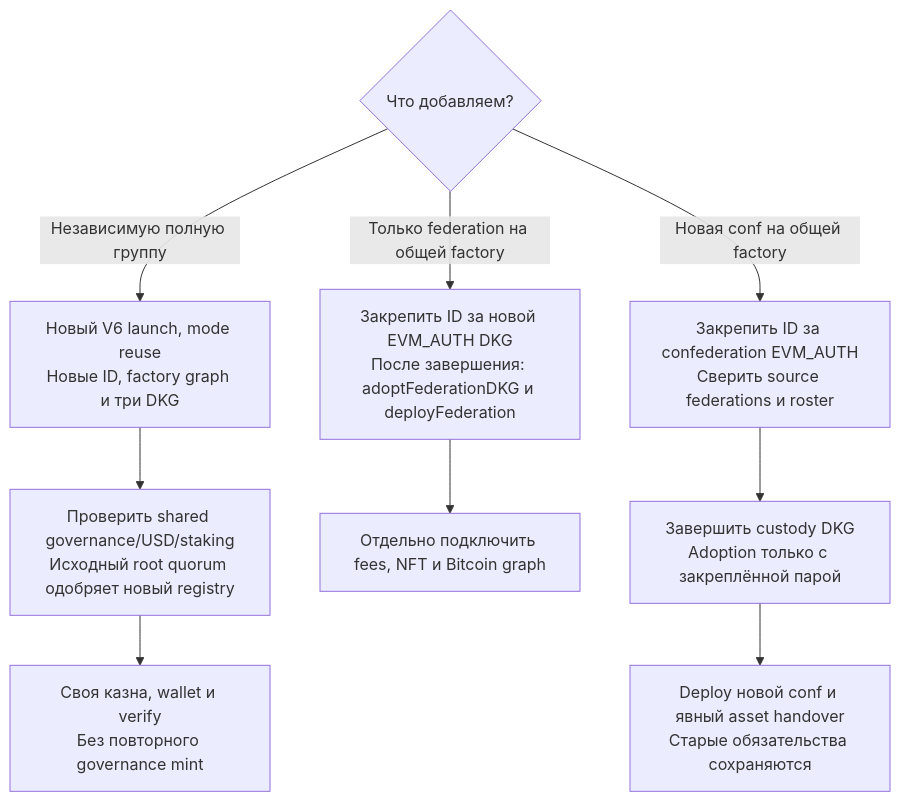
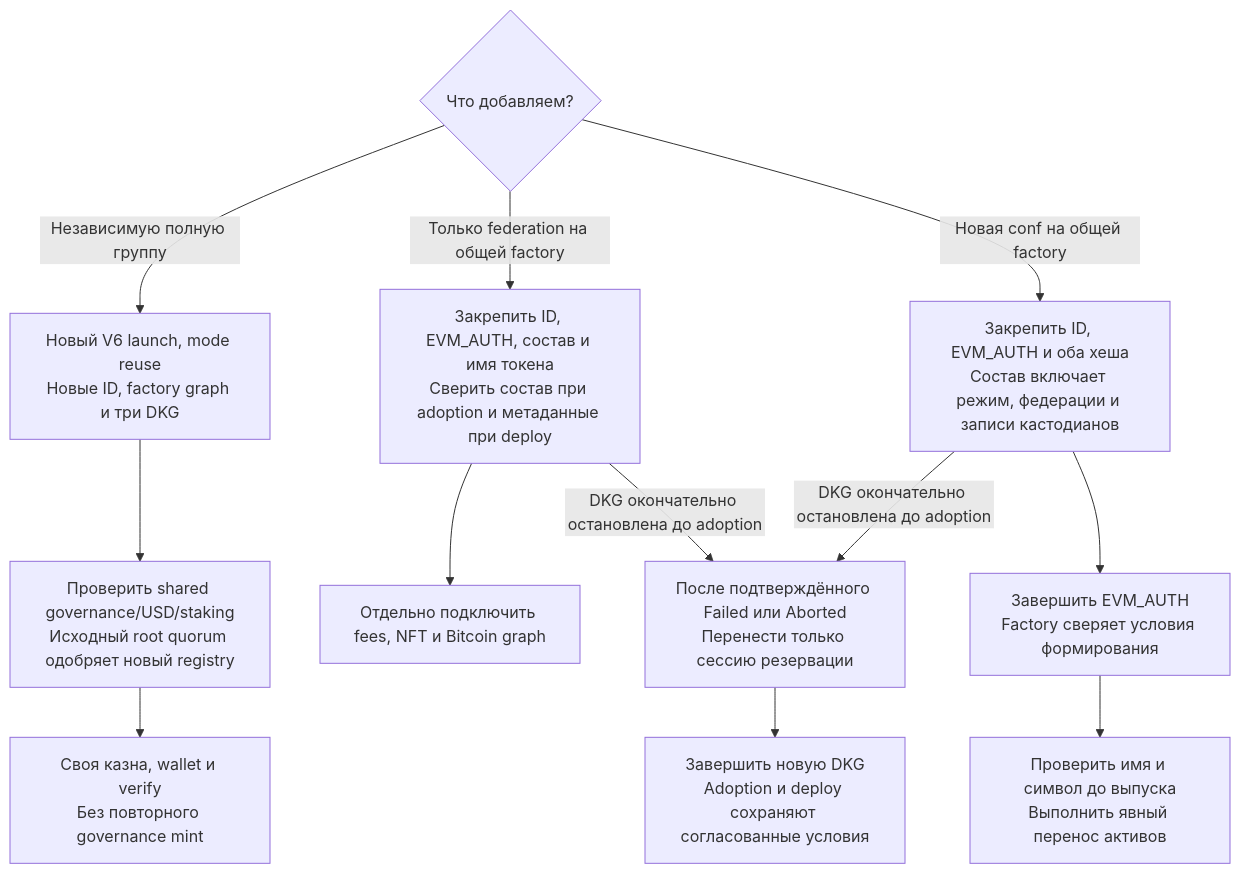
One commit to SergeyBelets/SatFiSetup changed the diagram in docs/FEDERATION_CONFEDERATION_SETUP.md. Above: the diagram before and after it, drawn with Mermaid. The commit also changed other lines of this file and 364 other files, not shown here.

````diff
--- a/docs/FEDERATION_CONFEDERATION_SETUP.md
+++ b/docs/FEDERATION_CONFEDERATION_SETUP.md
@@ -239,11 +282,14 @@
 ```mermaid
 flowchart TD
     Q{"Что добавляем?"} -->|"Независимую полную группу"| R["Новый V6 launch, mode reuse<br/>Новые ID, factory graph и три DKG"]
     R --> P["Проверить shared governance/USD/staking<br/>Исходный root quorum одобряет новый registry"]
     P --> V["Своя казна, wallet и verify<br/>Без повторного governance mint"]
-    Q -->|"Только federation на общей factory"| F["Закрепить ID за новой EVM_AUTH DKG<br/>После завершения: adoptFederationDKG и deployFederation"]
+    Q -->|"Только federation на общей factory"| F["Закрепить ID, EVM_AUTH, состав и имя токена<br/>Сверить состав при adoption и метаданные при deploy"]
     F --> X["Отдельно подключить fees, NFT и Bitcoin graph"]
-    Q -->|"Новая conf на общей factory"| C["Закрепить ID за confederation EVM_AUTH<br/>Сверить source federations и roster"]
-    C --> A["Завершить custody DKG<br/>Adoption только с закреплённой парой"]
-    A --> N["Deploy новой conf и явный asset handover<br/>Старые обязательства сохраняются"]
+    Q -->|"Новая conf на общей factory"| C["Закрепить ID, EVM_AUTH и оба хеша<br/>Состав включает режим, федерации и записи кастодианов"]
+    C --> A["Завершить EVM_AUTH<br/>Factory сверяет условия формирования"]
+    A --> N["Проверить имя и символ до выпуска<br/>Выполнить явный перенос активов"]
+    F -->|"DKG окончательно остановлена до adoption"| T["После подтверждённого Failed или Aborted<br/>Перенести только сессию резервации"]
+    C -->|"DKG окончательно остановлена до adoption"| T
+    T --> G["Завершить новую DKG<br/>Adoption и deploy сохраняют согласованные условия"]
 ```
````
